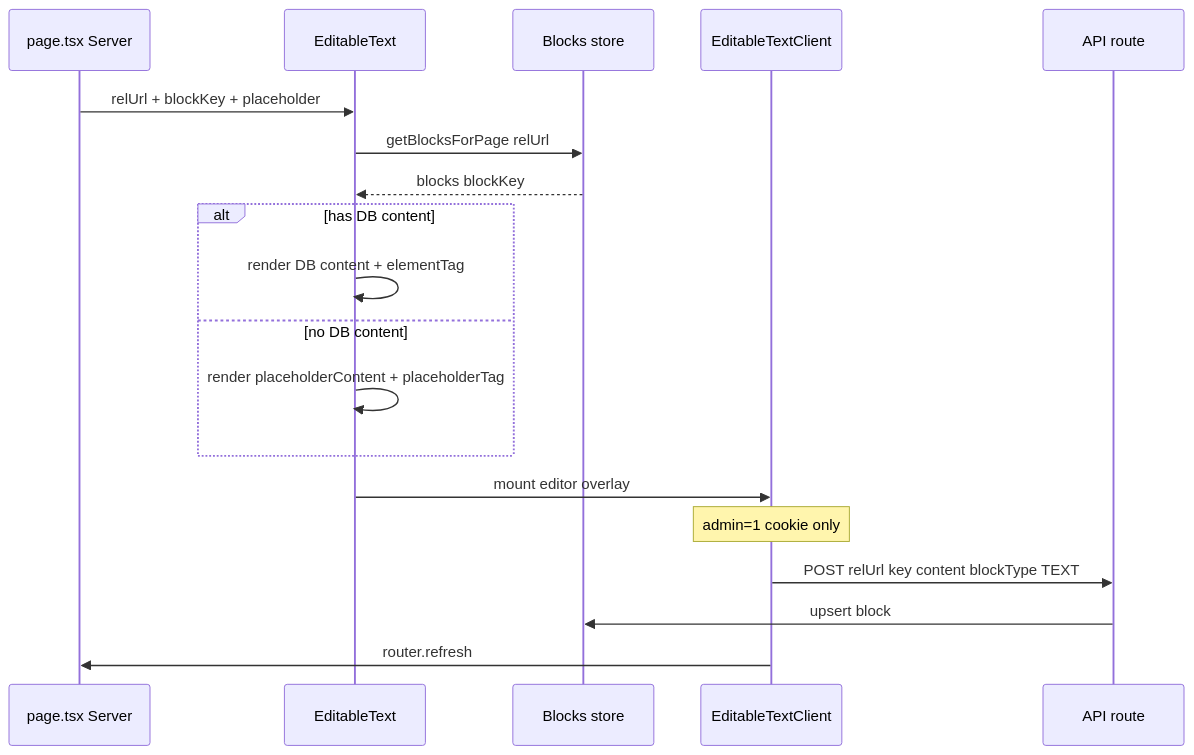
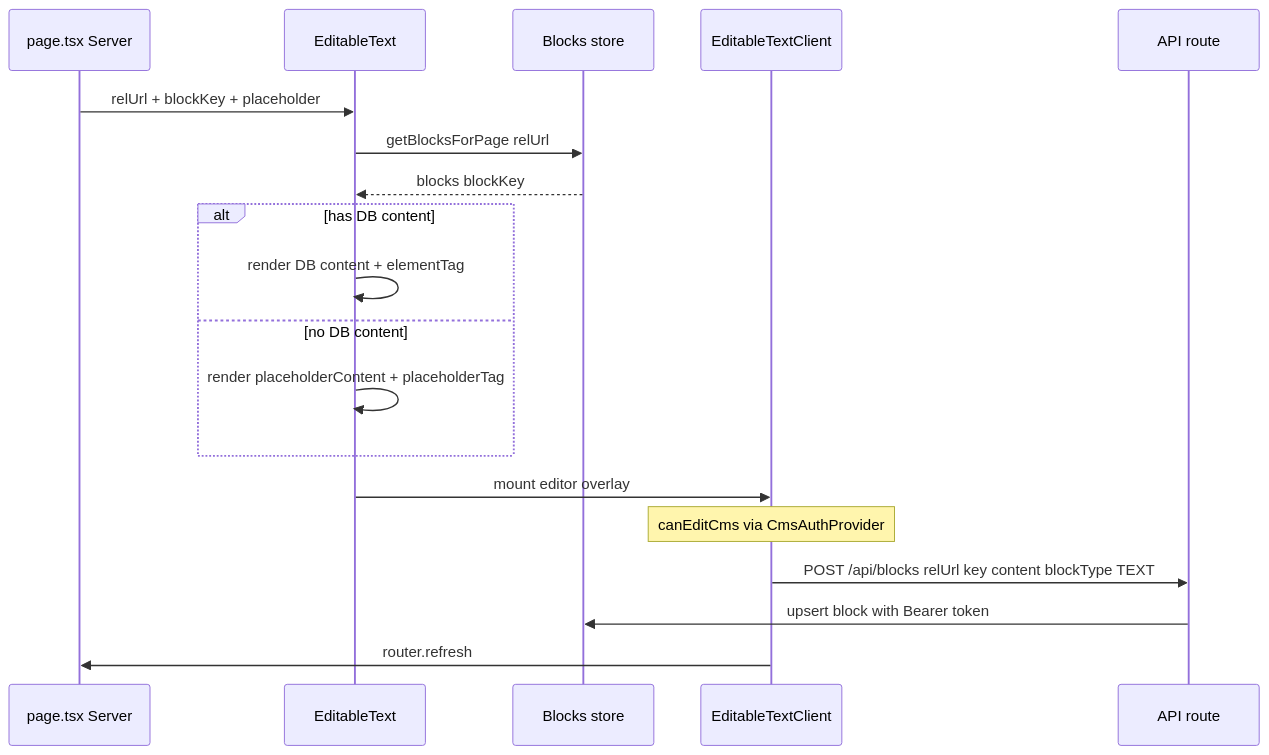
Before and after one commit to kareemnegm/nip_frontend_app: the diagram in docs/EDITABLE-BLOCKS.md, drawn with Mermaid. The commit also changed other lines of this file and 149 other files, not shown here.

````diff
--- a/docs/EDITABLE-BLOCKS.md
+++ b/docs/EDITABLE-BLOCKS.md
@@ -41,22 +42,22 @@
 ```mermaid
 sequenceDiagram
   participant Page as page.tsx Server
   participant ET as EditableText
   participant DB as Blocks store
   participant Client as EditableTextClient
   participant API as API route
 
   Page->>ET: relUrl + blockKey + placeholder
   ET->>DB: getBlocksForPage relUrl
   DB-->>ET: blocks blockKey
   alt has DB content
     ET->>ET: render DB content + elementTag
   else no DB content
     ET->>ET: render placeholderContent + placeholderTag
   end
   ET->>Client: mount editor overlay
-  Note over Client: admin=1 cookie only
-  Client->>API: POST relUrl key content blockType TEXT
-  API->>DB: upsert block
+  Note over Client: canEditCms via CmsAuthProvider
+  Client->>API: POST /api/blocks relUrl key content blockType TEXT
+  API->>DB: upsert block with Bearer token
   Client->>Page: router.refresh
 ```
````
